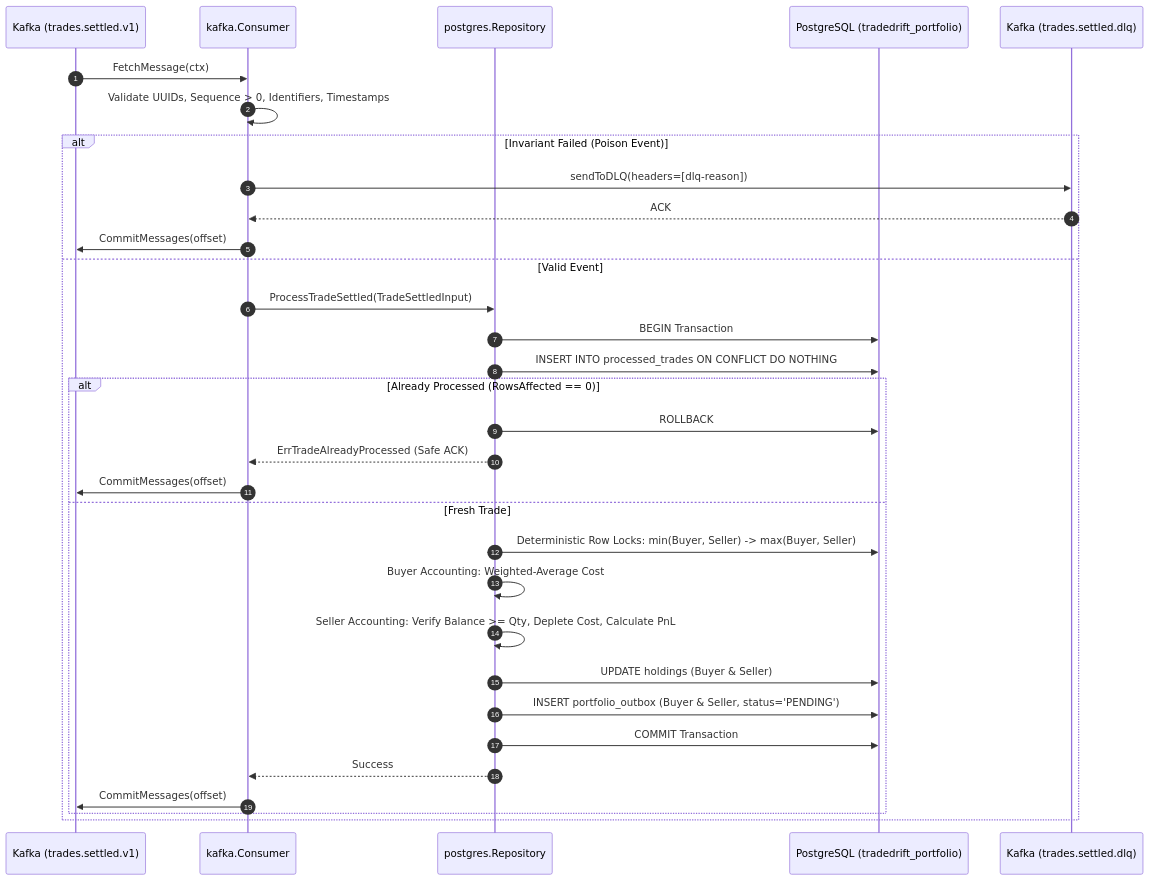
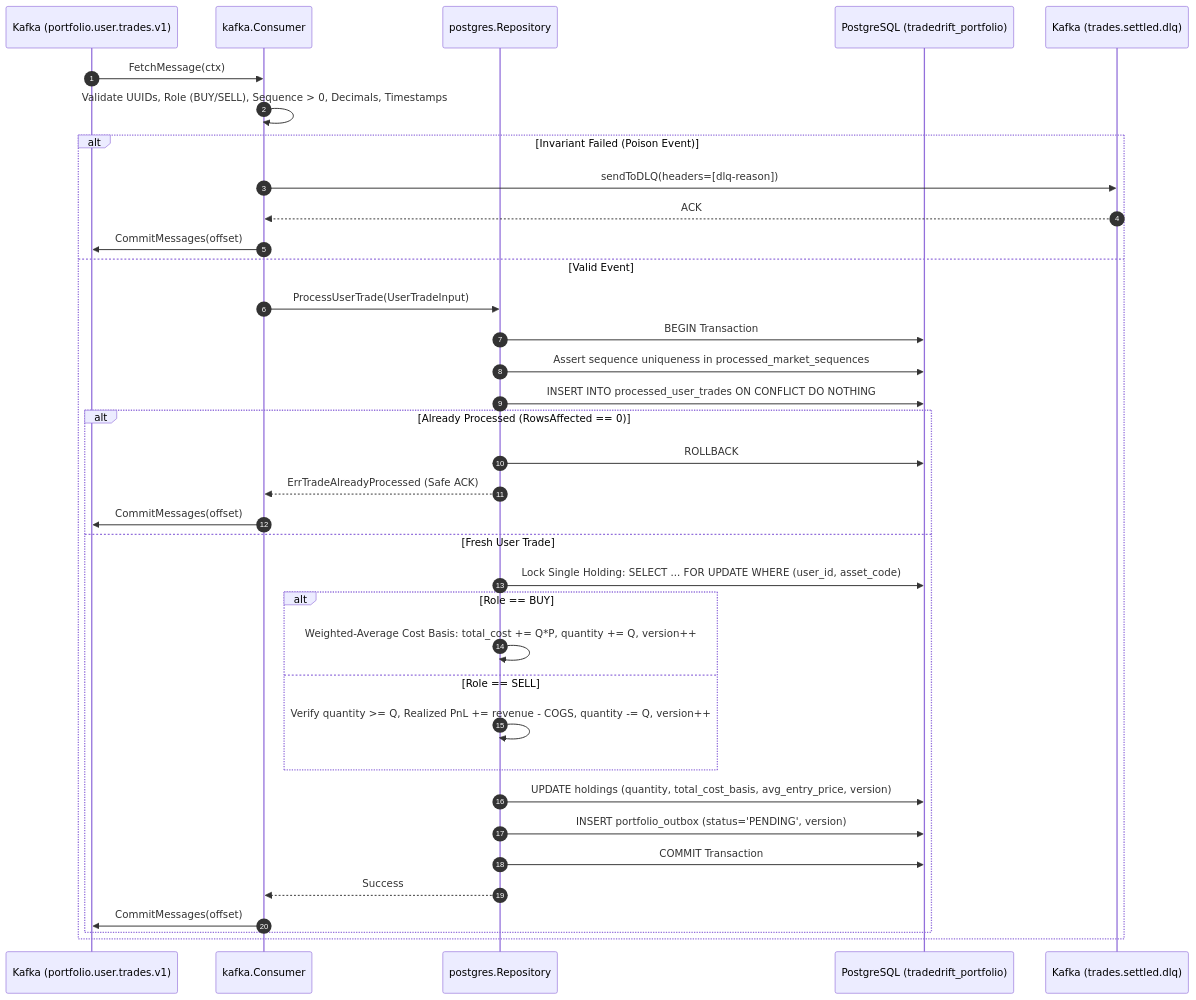
Before and after one commit to akhilbabu26/tradedrift: the first of 3 diagrams in services/portfolio/internal/README.md, drawn with Mermaid. The commit also changed other lines of this file and 59 other files, not shown here.

````diff
--- a/services/portfolio/internal/README.md
+++ b/services/portfolio/internal/README.md
@@ -153,36 +155,40 @@
 ```mermaid
 sequenceDiagram
     autonumber
-    participant Kafka as Kafka (trades.settled.v1)
+    participant Kafka as Kafka (portfolio.user.trades.v1)
     participant Consumer as kafka.Consumer
     participant Repo as postgres.Repository
     participant PG as PostgreSQL (tradedrift_portfolio)
     participant DLQ as Kafka (trades.settled.dlq)
 
     Kafka->>Consumer: FetchMessage(ctx)
-    Consumer->>Consumer: Validate UUIDs, Sequence > 0, Identifiers, Timestamps
+    Consumer->>Consumer: Validate UUIDs, Role (BUY/SELL), Sequence > 0, Decimals, Timestamps
     
     alt Invariant Failed (Poison Event)
         Consumer->>DLQ: sendToDLQ(headers=[dlq-reason])
         DLQ-->>Consumer: ACK
         Consumer->>Kafka: CommitMessages(offset)
     else Valid Event
-        Consumer->>Repo: ProcessTradeSettled(TradeSettledInput)
+        Consumer->>Repo: ProcessUserTrade(UserTradeInput)
         Repo->>PG: BEGIN Transaction
-        Repo->>PG: INSERT INTO processed_trades ON CONFLICT DO NOTHING
+        Repo->>PG: Assert sequence uniqueness in processed_market_sequences
+        Repo->>PG: INSERT INTO processed_user_trades ON CONFLICT DO NOTHING
         alt Already Processed (RowsAffected == 0)
             Repo->>PG: ROLLBACK
             Repo-->>Consumer: ErrTradeAlreadyProcessed (Safe ACK)
             Consumer->>Kafka: CommitMessages(offset)
-        else Fresh Trade
-            Repo->>PG: Deterministic Row Locks: min(Buyer, Seller) -> max(Buyer, Seller)
-            Repo->>Repo: Buyer Accounting: Weighted-Average Cost
-            Repo->>Repo: Seller Accounting: Verify Balance >= Qty, Deplete Cost, Calculate PnL
-            Repo->>PG: UPDATE holdings (Buyer & Seller)
-            Repo->>PG: INSERT portfolio_outbox (Buyer & Seller, status='PENDING')
+        else Fresh User Trade
+            Repo->>PG: Lock Single Holding: SELECT ... FOR UPDATE WHERE (user_id, asset_code)
+            alt Role == BUY
+                Repo->>Repo: Weighted-Average Cost Basis: total_cost += Q*P, quantity += Q, version++
+            else Role == SELL
+                Repo->>Repo: Verify quantity >= Q, Realized PnL += revenue - COGS, quantity -= Q, version++
+            end
+            Repo->>PG: UPDATE holdings (quantity, total_cost_basis, avg_entry_price, version)
+            Repo->>PG: INSERT portfolio_outbox (status='PENDING', version)
             Repo->>PG: COMMIT Transaction
             Repo-->>Consumer: Success
             Consumer->>Kafka: CommitMessages(offset)
         end
     end
 ```
````
